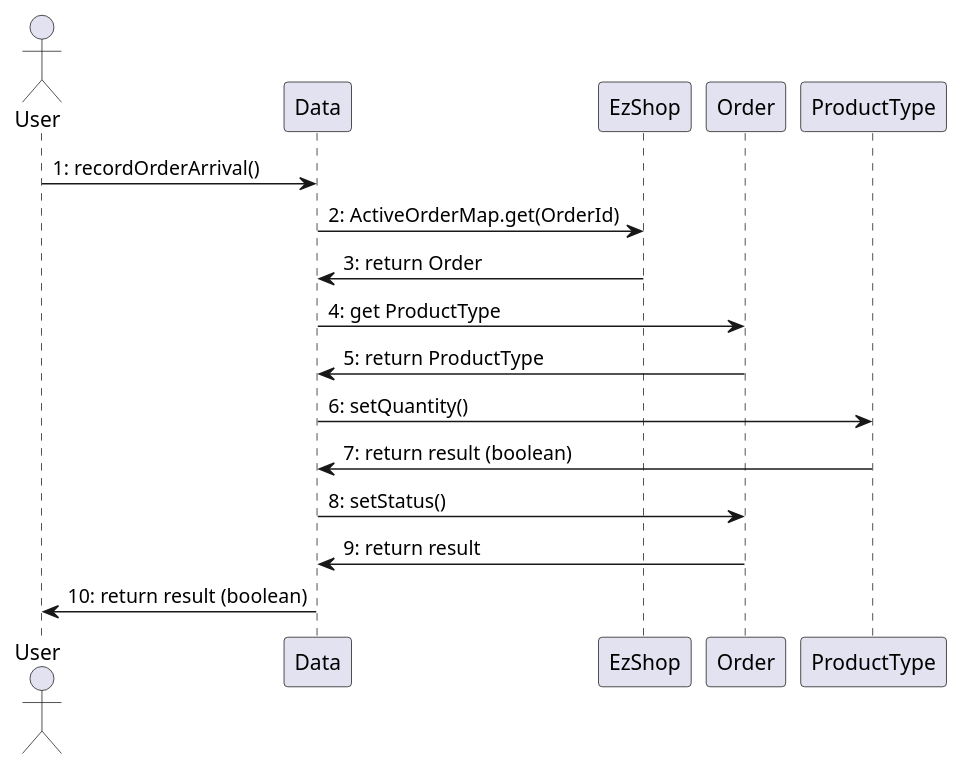
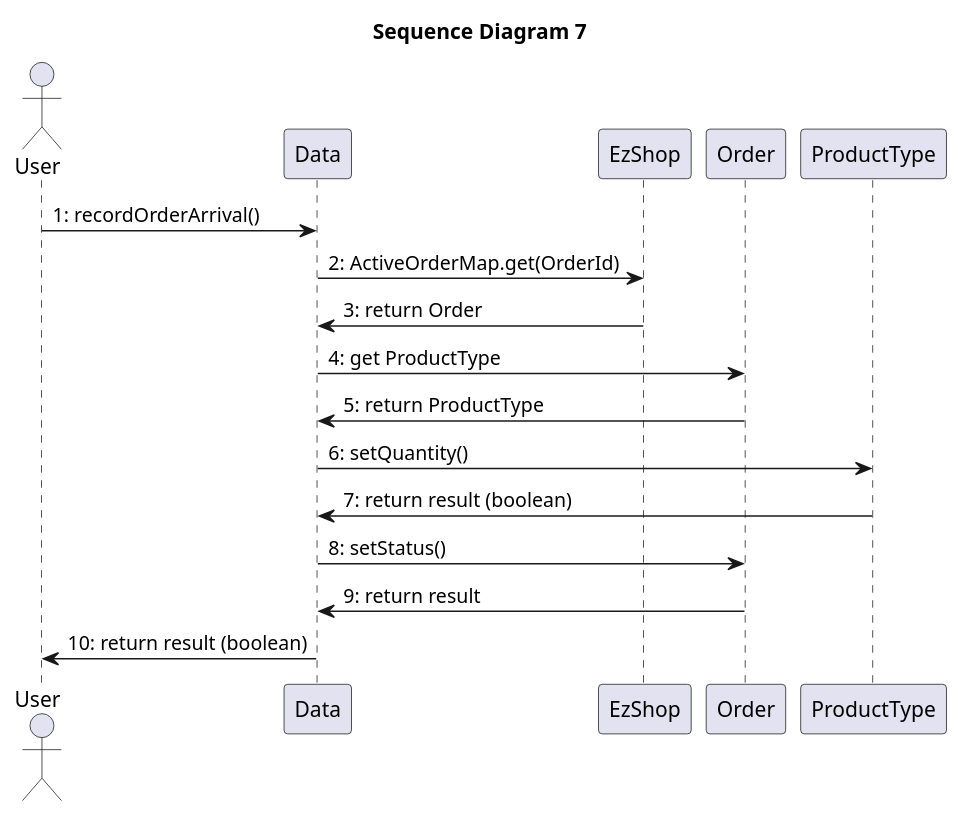
Before and after one commit to paolotron/EzshoProject31: the ninth of 15 diagrams in Deliverables/DesignDocument.md, drawn with PlantUML. The commit also changed other lines of this file, not shown here.

Commit message:
Updated sequence diagram's titles .md

````diff
--- a/Deliverables/DesignDocument.md
+++ b/Deliverables/DesignDocument.md
@@ -449,20 +454,21 @@
 ``` plantuml
 @startuml
+title "Sequence Diagram 7"
 actor User as U1
 participant Data
 participant EzShop
 participant Order as O
 participant ProductType as P
 
 U1->Data: 1: recordOrderArrival()
 Data->EzShop: 2: ActiveOrderMap.get(OrderId)
 EzShop->Data: 3: return Order
 Data->O: 4: get ProductType
 O-> Data: 5: return ProductType
 Data->P: 6: setQuantity()
 P->Data: 7: return result (boolean)
 Data->O: 8: setStatus()
 O->Data: 9: return result
 Data->U1: 10: return result (boolean)
 @enduml
 ```
````
